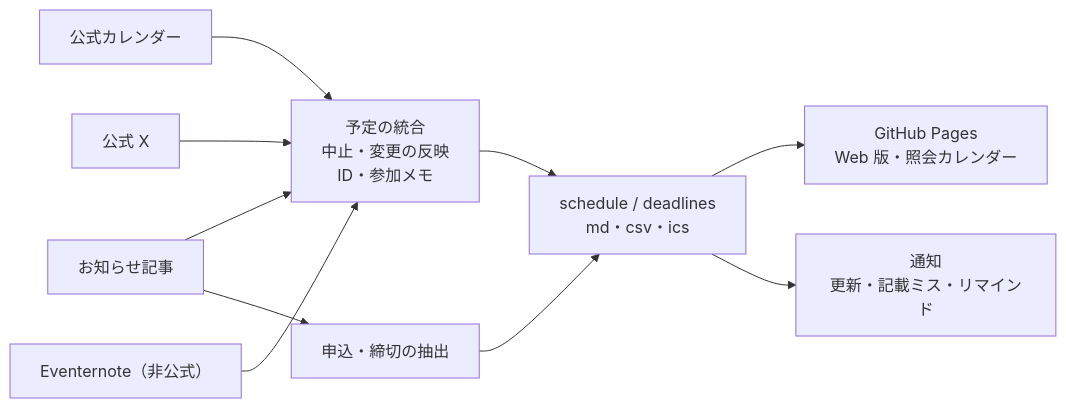
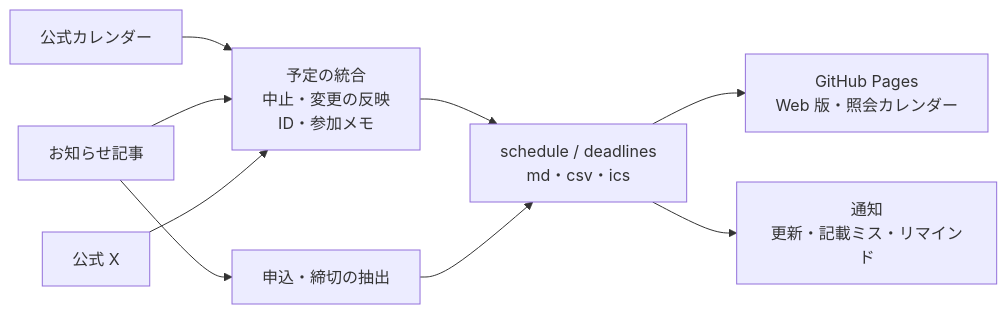
One commit to takaneko-fan/schedule changed the diagram in docs/spec.md. Above: the diagram before and after it, drawn with Mermaid. The commit also changed other lines of this file and 10 other files, not shown here.

````diff
--- a/docs/spec.md
+++ b/docs/spec.md
@@ -60,11 +59,10 @@
 ```mermaid
 flowchart LR
     cal["公式カレンダー"] --> merge
     news["お知らせ記事"] --> merge
     x["公式 X"] --> merge
-    en["Eventernote（非公式）"] --> merge
     merge["予定の統合<br>中止・変更の反映<br>ID・参加メモ"] --> out["schedule / deadlines<br>md・csv・ics"]
     news --> dl["申込・締切の抽出"] --> out
     out --> pages["GitHub Pages<br>Web 版・照会カレンダー"]
     out --> notify["通知<br>更新・記載ミス・リマインド"]
 ```
````
